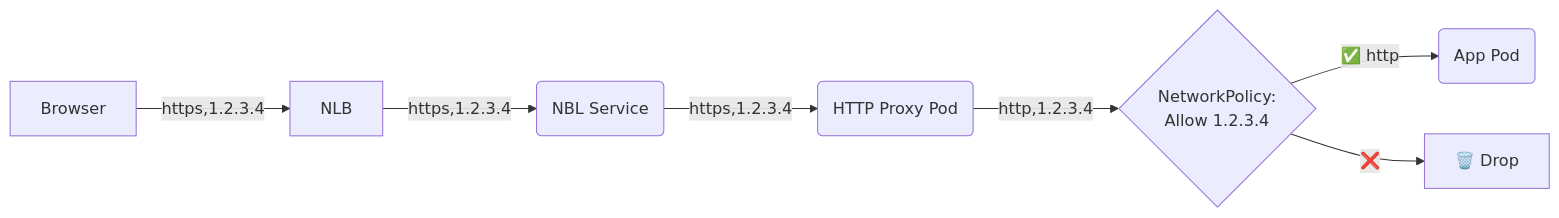
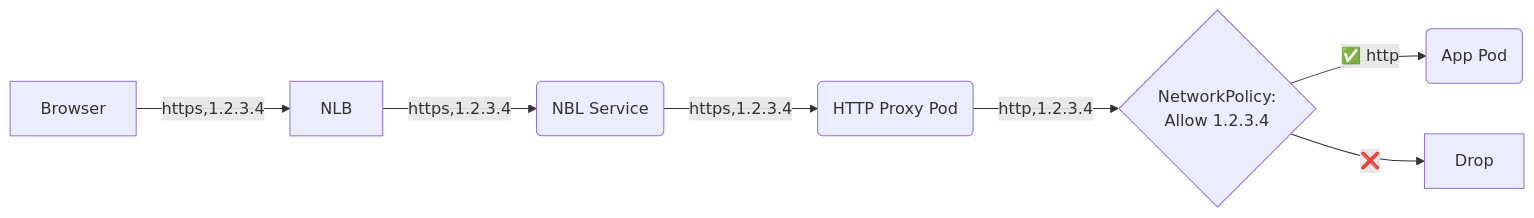
Before and after one commit to spruceki/ibm-openshift-allowlisting: the diagram in doc/overview_nlb.mmd, drawn with Mermaid. The commit also changed 1 other file, not shown here.

```diff
--- a/doc/overview_nlb.mmd
+++ b/doc/overview_nlb.mmd
@@ -1,7 +1,7 @@
 flowchart LR
     A[Browser] -->|https,1.2.3.4| B[NLB]
     B --> |https,1.2.3.4|C(NBL Service)
     C --> |https,1.2.3.4|D(HTTP Proxy Pod)
     D --> |http,1.2.3.4|P{NetworkPolicy: <br />Allow 1.2.3.4}
     P -->|✅ http|E(App Pod)
-    P --> |❌|F[🗑️ Drop]
+    P --> |❌|F[Drop]
```
